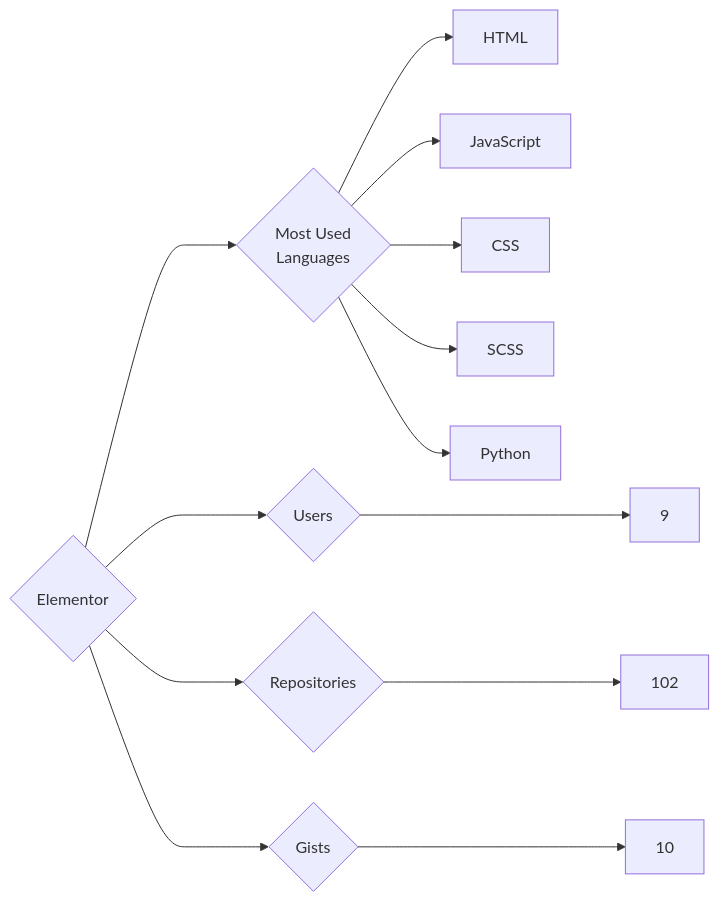
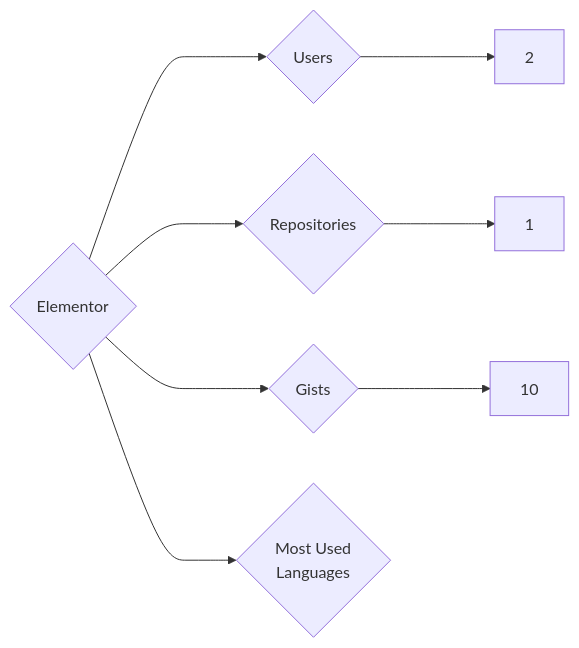
Before and after one commit to trickest/insiders: the diagram in targets/Elementor/README.md, drawn with Mermaid. The commit also changed 815 other files, not shown here.

````diff
--- a/targets/Elementor/README.md
+++ b/targets/Elementor/README.md
@@ -3,13 +3,8 @@
 ```mermaid
 graph LR
 COMPANY_NAME{Elementor}
-COMPANY_NAME ---> U{Users} ---> UN[9]
-COMPANY_NAME ---> R{Repositories} ---> RN[102]
+COMPANY_NAME ---> U{Users} ---> UN[2]
+COMPANY_NAME ---> R{Repositories} ---> RN[1]
 COMPANY_NAME ---> G{Gists} ---> GN[10]
 COMPANY_NAME ---> ML{Most Used<br>Languages}
-ML --> HTML[HTML]
-ML --> JavaScript[JavaScript]
-ML --> CSS[CSS]
-ML --> SCSS[SCSS]
-ML --> Python[Python]
 ```
````
